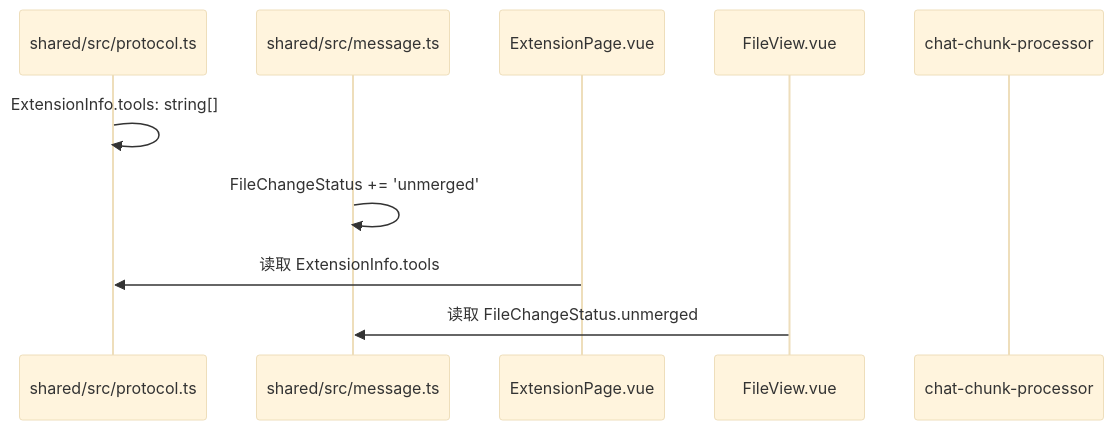
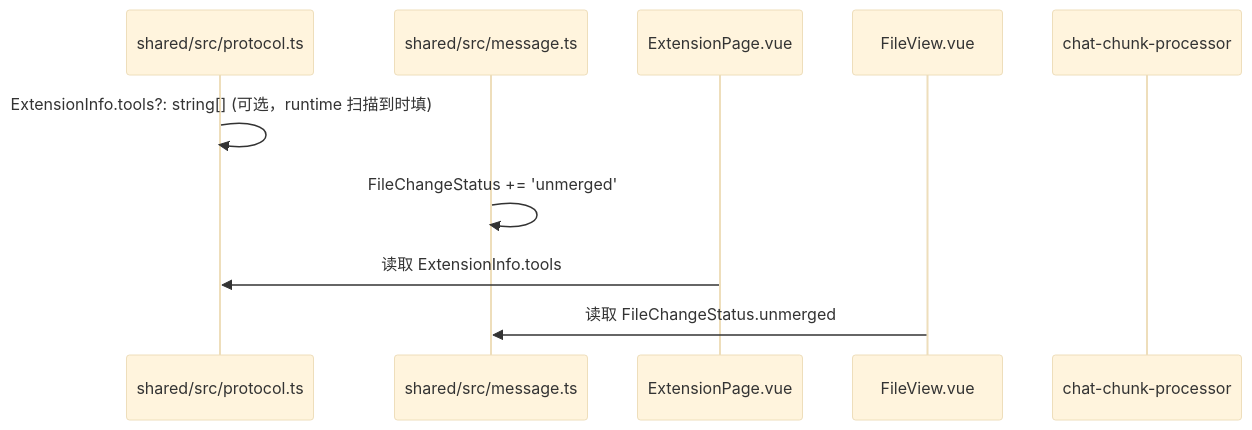
Before and after one commit to zhushanwen321/xyz-agent: diagram 16 of 17 in .xyz-harness/2026-06-23-render-runtime-integration/code-architecture.md, drawn with Mermaid (base theme). The commit also changed other lines of this file and 10 other files, not shown here.

````diff
--- a/.xyz-harness/2026-06-23-render-runtime-integration/code-architecture.md
+++ b/.xyz-harness/2026-06-23-render-runtime-integration/code-architecture.md
@@ -1033,14 +1034,14 @@
 ```mermaid
 sequenceDiagram
     participant P as shared/src/protocol.ts
     participant M as shared/src/message.ts
     participant EP as ExtensionPage.vue
     participant FV as FileView.vue
     participant CCP as chat-chunk-processor
 
-    P->>P: ExtensionInfo.tools: string[]
+    P->>P: ExtensionInfo.tools?: string[] (可选，runtime 扫描到时填)
     M->>M: FileChangeStatus += 'unmerged'
 
     EP->>P: 读取 ExtensionInfo.tools
     FV->>M: 读取 FileChangeStatus.unmerged
 ```
````
